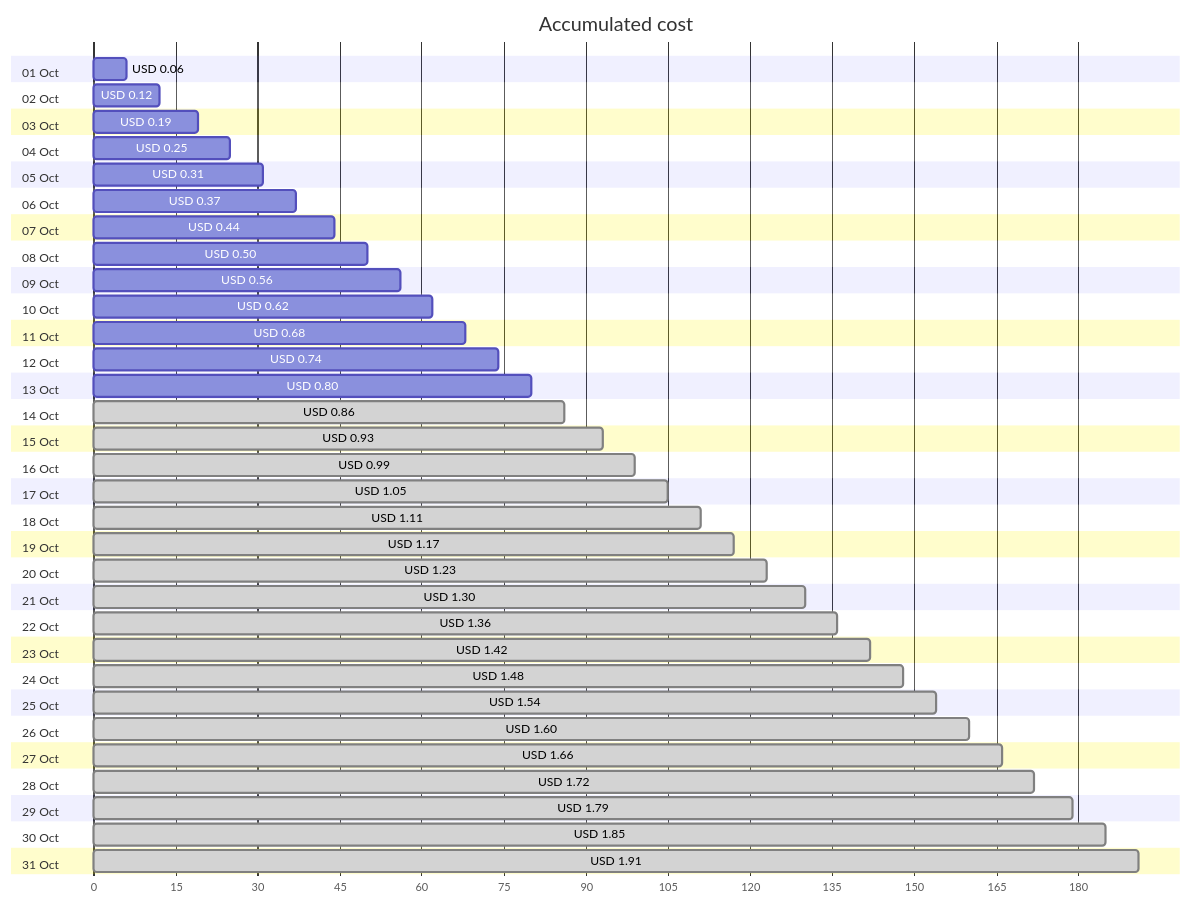
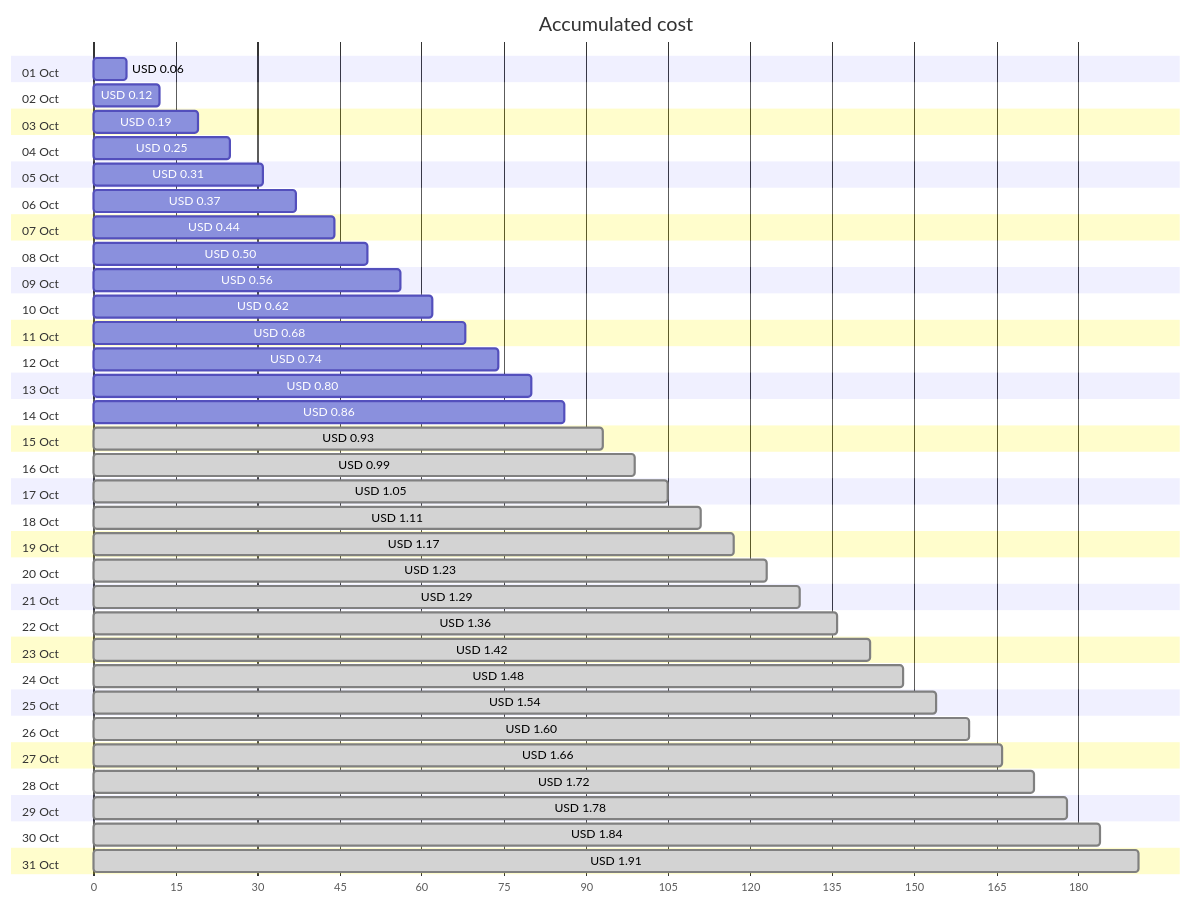
The first of 4 diagrams in cost-reports/personal-network/vpn-server_OsDisk.md (jpfulton/azure-personal-reports), drawn with Mermaid before and after one commit. The commit also changed other lines of this file and 8 other files, not shown here.

````diff
--- a/cost-reports/personal-network/vpn-server_OsDisk.md
+++ b/cost-reports/personal-network/vpn-server_OsDisk.md
@@ -20,68 +20,68 @@
 ```mermaid
 gantt
    title Accumulated cost
    dateFormat  X
    axisFormat %s
    section 01 Oct
    USD 0.06 :0, 6
    section 02 Oct
    USD 0.12 :0, 12
    section 03 Oct
    USD 0.19 :0, 19
    section 04 Oct
    USD 0.25 :0, 25
    section 05 Oct
    USD 0.31 :0, 31
    section 06 Oct
    USD 0.37 :0, 37
    section 07 Oct
    USD 0.44 :0, 44
    section 08 Oct
    USD 0.50 :0, 50
    section 09 Oct
    USD 0.56 :0, 56
    section 10 Oct
    USD 0.62 :0, 62
    section 11 Oct
    USD 0.68 :0, 68
    section 12 Oct
    USD 0.74 :0, 74
    section 13 Oct
    USD 0.80 :0, 80
    section 14 Oct
-   USD 0.86 : done, 0, 86
+   USD 0.86 :0, 86
    section 15 Oct
    USD 0.93 : done, 0, 93
    section 16 Oct
    USD 0.99 : done, 0, 99
    section 17 Oct
    USD 1.05 : done, 0, 105
    section 18 Oct
    USD 1.11 : done, 0, 111
    section 19 Oct
    USD 1.17 : done, 0, 117
    section 20 Oct
    USD 1.23 : done, 0, 123
    section 21 Oct
-   USD 1.30 : done, 0, 130
+   USD 1.29 : done, 0, 129
    section 22 Oct
    USD 1.36 : done, 0, 136
    section 23 Oct
    USD 1.42 : done, 0, 142
    section 24 Oct
    USD 1.48 : done, 0, 148
    section 25 Oct
    USD 1.54 : done, 0, 154
    section 26 Oct
    USD 1.60 : done, 0, 160
    section 27 Oct
    USD 1.66 : done, 0, 166
    section 28 Oct
    USD 1.72 : done, 0, 172
    section 29 Oct
-   USD 1.79 : done, 0, 179
+   USD 1.78 : done, 0, 178
    section 30 Oct
-   USD 1.85 : done, 0, 185
+   USD 1.84 : done, 0, 184
    section 31 Oct
    USD 1.91 : done, 0, 191
 ```
````
